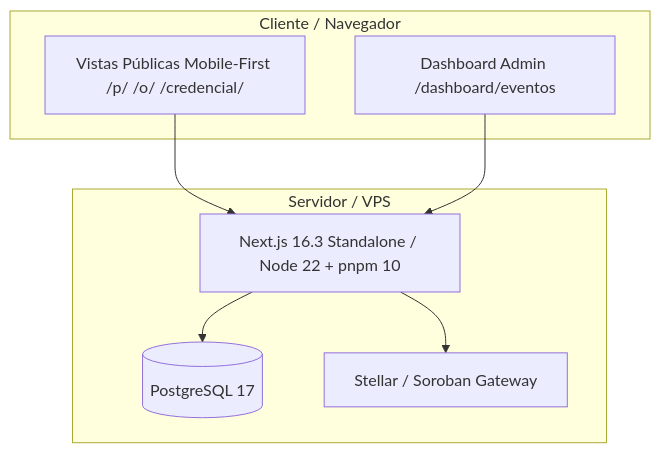
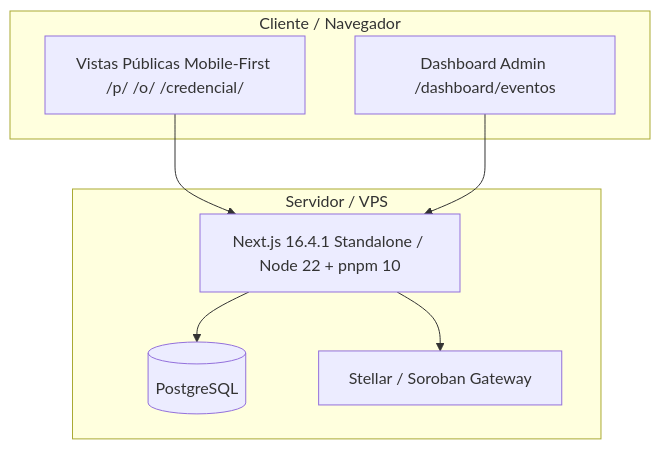
One commit to viniciorm/culturago-stellar changed the diagram in README.md. Above: the diagram before and after it, drawn with Mermaid. The commit also changed other lines of this file, not shown here.

````diff
--- a/README.md
+++ b/README.md
@@ -9,18 +28,18 @@
 ```mermaid
 graph TD
     subgraph Cliente / Navegador
         Public[Vistas Públicas Mobile-First /p/ /o/ /credencial/]
         AdminUI[Dashboard Admin /dashboard/eventos]
     end
 
     subgraph Servidor / VPS
-        NextApp[Next.js 16.3 Standalone / Node 22 + pnpm 10]
-        PostgreSQL[(PostgreSQL 17)]
+        NextApp[Next.js 16.4.1 Standalone / Node 22 + pnpm 10]
+        PostgreSQL[(PostgreSQL)]
         StellarModule[Stellar / Soroban Gateway]
     end
 
     Public --> NextApp
     AdminUI --> NextApp
     NextApp --> PostgreSQL
     NextApp --> StellarModule
 ```
````
